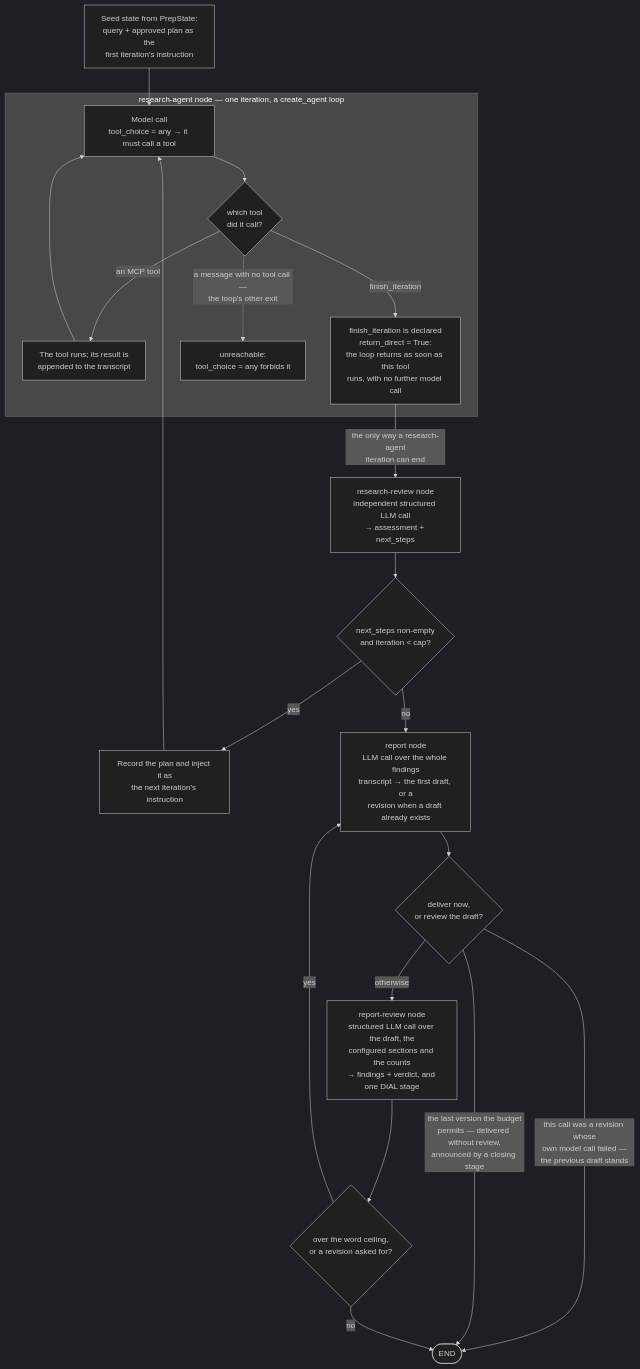
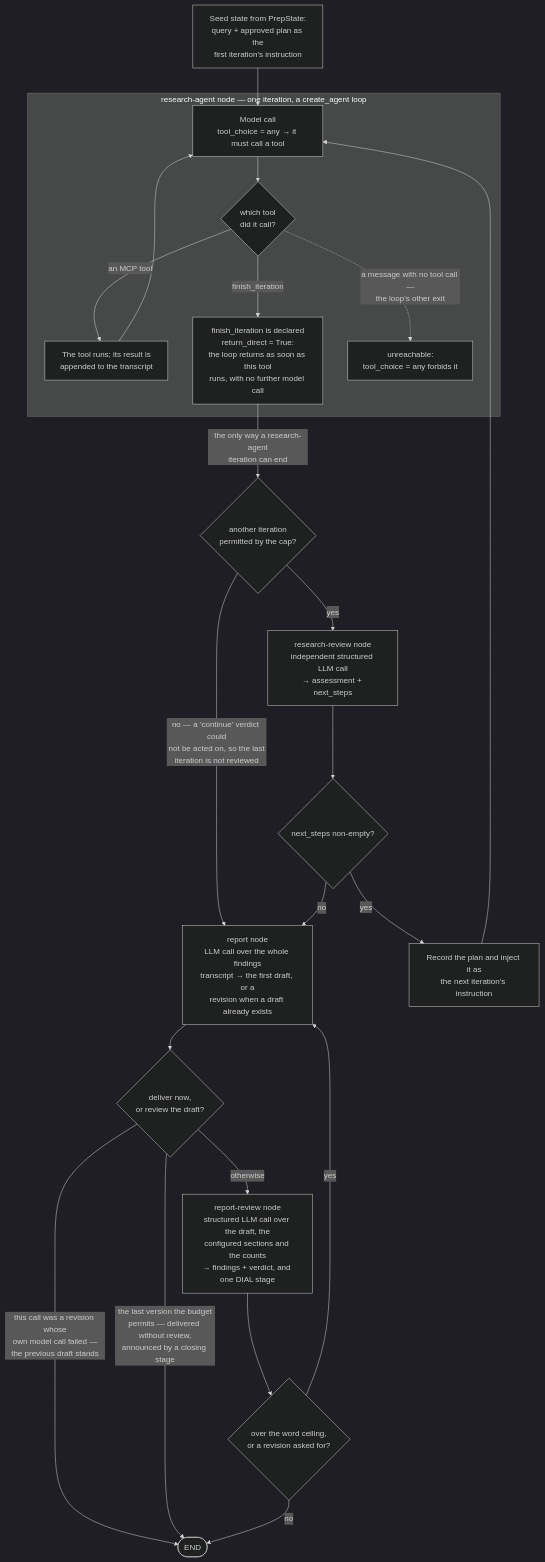
One commit to epam/ai-dial-deep-research-backend changed the second of 2 diagrams in docs/architecture.md. Above: the diagram before and after it, drawn with Mermaid (dark theme). The commit also changed other lines of this file and 13 other files, not shown here.

Commit message:
refactor research review

````diff
--- a/docs/architecture.md
+++ b/docs/architecture.md
@@ -122,26 +123,28 @@
 ```mermaid
 flowchart TD
     seed["Seed state from PrepState:<br/>query + approved plan as the<br/>first iteration's instruction"] --> model
 
     subgraph research_agent_sub["research-agent node — one iteration, a create_agent loop"]
         model["Model call<br/>tool_choice = any → it must call a tool"]
         model --> which{"which tool<br/>did it call?"}
         which -->|"an MCP tool"| mcp["The tool runs; its result is<br/>appended to the transcript"]
         mcp --> model
         which -->|"finish_iteration"| fin["finish_iteration is declared<br/>return_direct = True:<br/>the loop returns as soon as this tool<br/>runs, with no further model call"]
         which -.->|"a message with no tool call —<br/>the loop's other exit"| blocked["unreachable:<br/>tool_choice = any forbids it"]
     end
 
-    fin -->|"the only way a research-agent<br/>iteration can end"| research_review["research-review node<br/>independent structured LLM call<br/>→ assessment + next_steps"]
-    research_review --> route{"next_steps non-empty<br/>and iteration &lt; cap?"}
+    fin -->|"the only way a research-agent<br/>iteration can end"| itgate{"another iteration<br/>permitted by the cap?"}
+    itgate -->|yes| research_review["research-review node<br/>independent structured LLM call<br/>→ assessment + next_steps"]
+    itgate -->|"no — a 'continue' verdict could<br/>not be acted on, so the last<br/>iteration is not reviewed"| report
+    research_review --> route{"next_steps non-empty?"}
     route -->|yes| nextplan["Record the plan and inject it as<br/>the next iteration's instruction"]
     nextplan --> model
     route -->|no| report["report node<br/>LLM call over the whole findings<br/>transcript → the first draft, or a<br/>revision when a draft already exists"]
     report --> afterreport{"deliver now,<br/>or review the draft?"}
     afterreport -->|"this call was a revision whose<br/>own model call failed —<br/>the previous draft stands"| finaldone(["END"])
     afterreport -->|"the last version the budget<br/>permits — delivered without review,<br/>announced by a closing stage"| finaldone
     afterreport -->|"otherwise"| report_review["report-review node<br/>structured LLM call over the draft, the<br/>configured sections and the counts<br/>→ findings + verdict, and one DIAL stage"]
     report_review --> reroute{"over the word ceiling,<br/>or a revision asked for?"}
     reroute -->|yes| report
     reroute -->|no| finaldone
 ```
````
